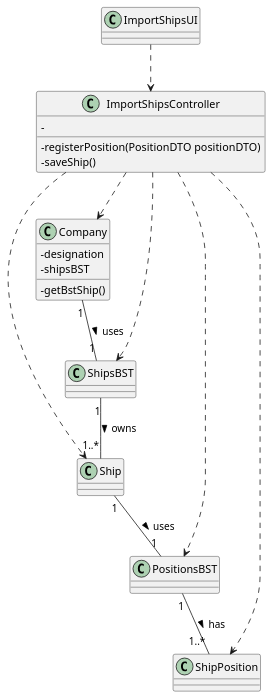
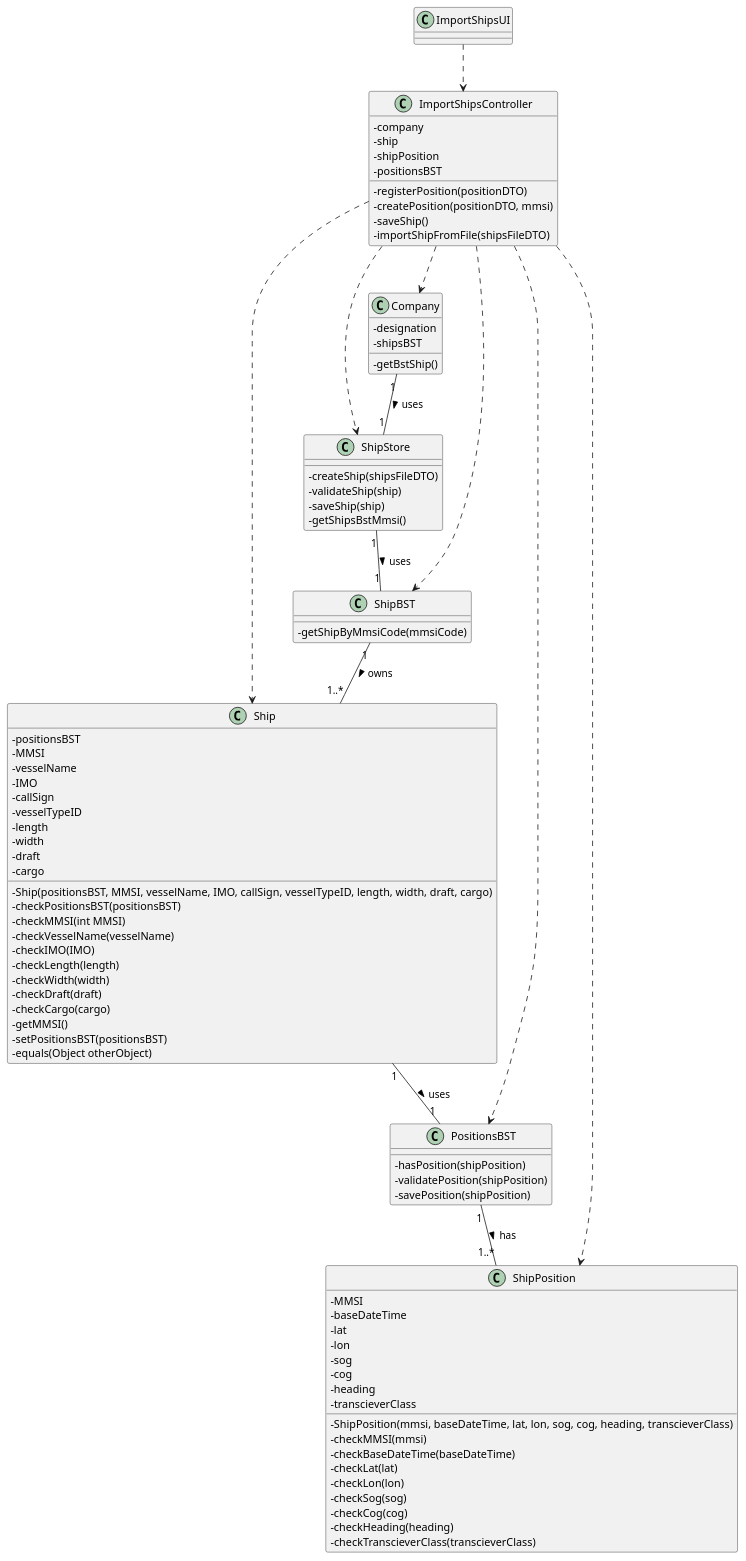
One commit to ana-albergaria/LAPR3-ISEP changed the diagram in docs/US101/US_101_CD.puml. Above: the diagram before and after it, drawn with PlantUML. The commit also changed 5 other files, not shown here.

```diff
--- a/docs/US101/US_101_CD.puml
+++ b/docs/US101/US_101_CD.puml
@@ -1,47 +1,100 @@
 @startuml
 
 skinparam classAttributeIconSize 0
 
 class ImportShipsUI {}
 
 class ImportShipsController {
-- registerPosition(PositionDTO positionDTO)
+- company
+- ship
+- shipPosition
+- positionsBST
+- registerPosition(positionDTO)
+- createPosition(positionDTO, mmsi)
 - saveShip()
--
+- importShipFromFile(shipsFileDTO)
 }
 
 class Company {
 - designation
 - shipsBST
 - getBstShip()
 }
 
 class Ship {
-
+- positionsBST
+- MMSI
+- vesselName
+- IMO
+- callSign
+- vesselTypeID
+- length
+- width
+- draft
+- cargo
+- Ship(positionsBST, MMSI, vesselName, IMO, callSign, vesselTypeID, length, width, draft, cargo)
+- checkPositionsBST(positionsBST)
+- checkMMSI(int MMSI)
+- checkVesselName(vesselName)
+- checkIMO(IMO)
+- checkLength(length)
+- checkWidth(width)
+- checkDraft(draft)
+- checkCargo(cargo)
+- getMMSI()
+- setPositionsBST(positionsBST)
+- equals(Object otherObject)
 }
 
 class ShipPosition {
-
+- MMSI
+- baseDateTime
+- lat
+- lon
+- sog
+- cog
+- heading
+- transcieverClass
+- ShipPosition(mmsi, baseDateTime, lat, lon, sog, cog, heading, transcieverClass)
+- checkMMSI(mmsi)
+- checkBaseDateTime(baseDateTime)
+- checkLat(lat)
+- checkLon(lon)
+- checkSog(sog)
+- checkCog(cog)
+- checkHeading(heading)
+- checkTranscieverClass(transcieverClass)
 }
 
-class ShipsBST {
+class ShipStore {
+- createShip(shipsFileDTO)
+- validateShip(ship)
+- saveShip(ship)
+- getShipsBstMmsi()
+}
 
+class ShipBST {
+- getShipByMmsiCode(mmsiCode)
 }
 
 class PositionsBST {
-
+- hasPosition(shipPosition)
+- validatePosition(shipPosition)
+- savePosition(shipPosition)
 }
 
-Company "1" -- "1" ShipsBST : uses >
-ShipsBST "1" -- "1..*" Ship : owns >
+Company "1" -- "1" ShipStore : uses >
+ShipStore "1" -- "1" ShipBST : uses >
+ShipBST "1" -- "1..*" Ship : owns >
 Ship "1" -- "1" PositionsBST : uses >
 PositionsBST "1" -- "1..*" ShipPosition : has >
 ImportShipsUI ..> ImportShipsController
 ImportShipsController ..> Company
-ImportShipsController ..> ShipsBST
+ImportShipsController ..> ShipBST
 ImportShipsController ..> Ship
 ImportShipsController ..> PositionsBST
 ImportShipsController ..> ShipPosition
+ImportShipsController ..> ShipStore
 
 
 @enduml
```
